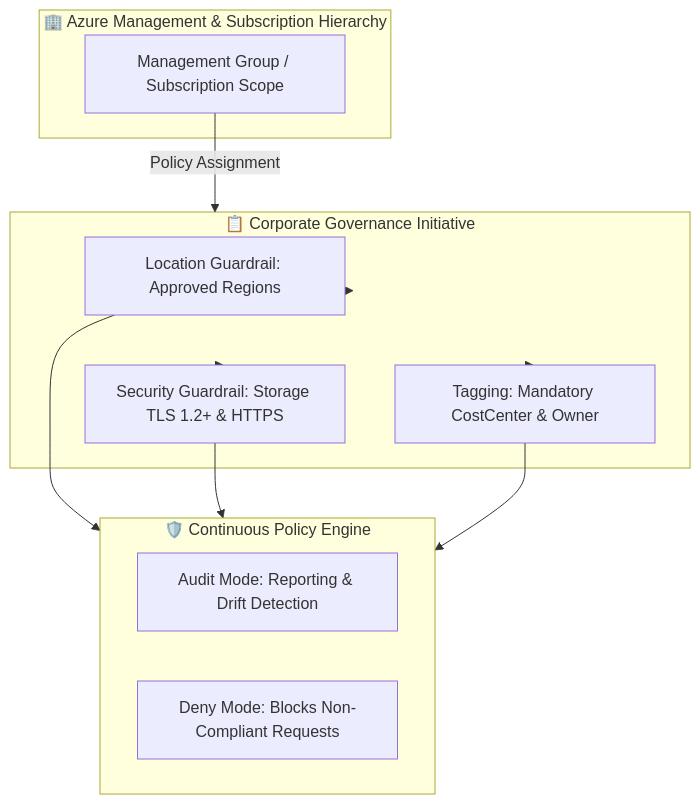
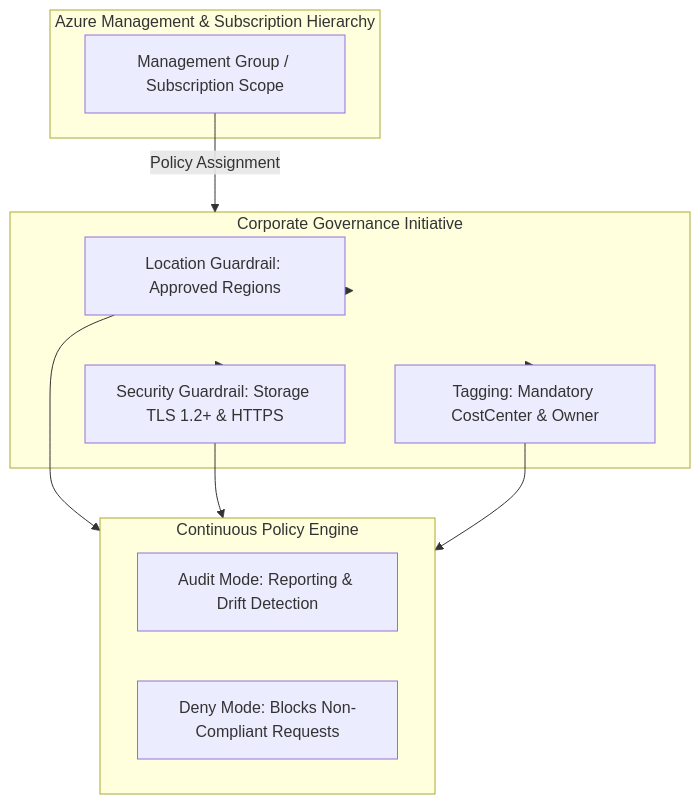
The diagram in README.md (sanjiivsingh/azure-landing-zone-governance), drawn with Mermaid before and after one commit. The commit also changed other lines of this file, not shown here.

Commit message:
docs: standardize README badges, quoted mermaid nodes, and consultant title

````diff
--- a/README.md
+++ b/README.md
@@ -13,25 +16,25 @@
 ```mermaid
 flowchart TD
-    subgraph Hierarchy["🏢 Azure Management & Subscription Hierarchy"]
-        MG[Management Group / Subscription Scope]
+    subgraph Hierarchy["Azure Management & Subscription Hierarchy"]
+        MG["Management Group / Subscription Scope"]
     end
 
-    subgraph Initiative["📋 Corporate Governance Initiative"]
-        POL1[Location Guardrail: Approved Regions]
-        POL2[Security Guardrail: Storage TLS 1.2+ & HTTPS]
-        POL3[Tagging: Mandatory CostCenter & Owner]
+    subgraph Initiative["Corporate Governance Initiative"]
+        POL1["Location Guardrail: Approved Regions"]
+        POL2["Security Guardrail: Storage TLS 1.2+ & HTTPS"]
+        POL3["Tagging: Mandatory CostCenter & Owner"]
     end
 
-    subgraph Enforcement["🛡️ Continuous Policy Engine"]
-        AUDIT[Audit Mode: Reporting & Drift Detection]
-        DENY[Deny Mode: Blocks Non-Compliant Requests]
+    subgraph Enforcement["Continuous Policy Engine"]
+        AUDIT["Audit Mode: Reporting & Drift Detection"]
+        DENY["Deny Mode: Blocks Non-Compliant Requests"]
     end
 
     MG -->|Policy Assignment| Initiative
     Initiative --> POL1
     Initiative --> POL2
     Initiative --> POL3
     POL1 --> Enforcement
     POL2 --> Enforcement
     POL3 --> Enforcement
 ```
````
